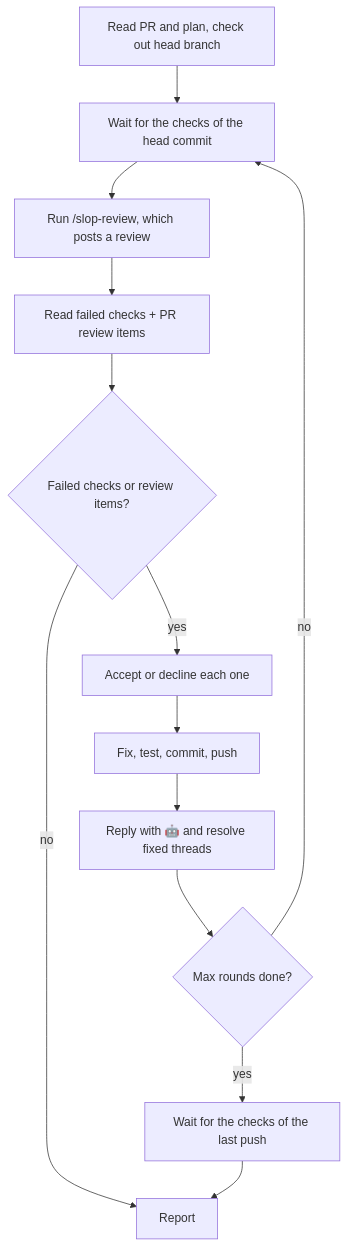
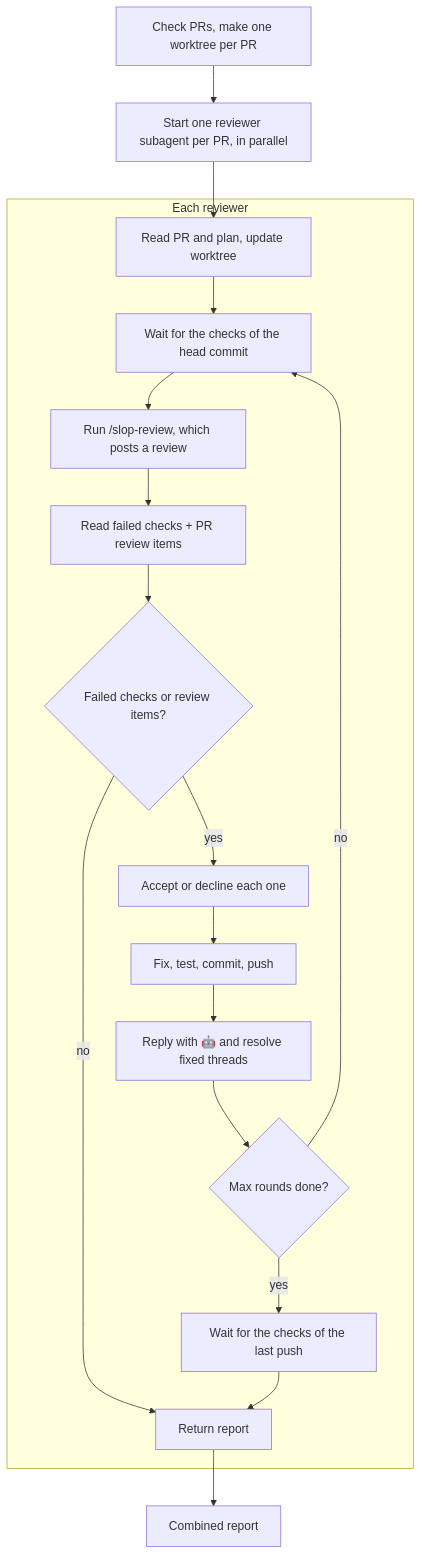
Before and after one commit to crosleyzack/skills: the diagram in skills/bot-review/README.md, drawn with Mermaid. The commit also changed other lines of this file and 6 other files, not shown here.

````diff
--- a/skills/bot-review/README.md
+++ b/skills/bot-review/README.md
@@ -13,15 +17,20 @@
 ```mermaid
 flowchart TD
-    A[Read PR and plan, check out head branch] --> W[Wait for the checks of the head commit]
+    P[Check PRs, make one worktree per PR] --> N[Start one reviewer subagent per PR, in parallel]
+    N --> A
+    subgraph reviewer [Each reviewer]
+    A[Read PR and plan, update worktree] --> W[Wait for the checks of the head commit]
     W --> S[Run /slop-review, which posts a review]
     S --> F[Read failed checks + PR review items]
     F --> G{Failed checks or review items?}
-    G -- no --> R[Report]
+    G -- no --> R
     G -- yes --> H[Accept or decline each one]
     H --> I[Fix, test, commit, push]
     I --> J[Reply with 🤖 and resolve fixed threads]
     J --> K{Max rounds done?}
     K -- no --> W
     K -- yes --> L[Wait for the checks of the last push]
-    L --> R
+    L --> R[Return report]
+    end
+    R --> T[Combined report]
 ```
````
